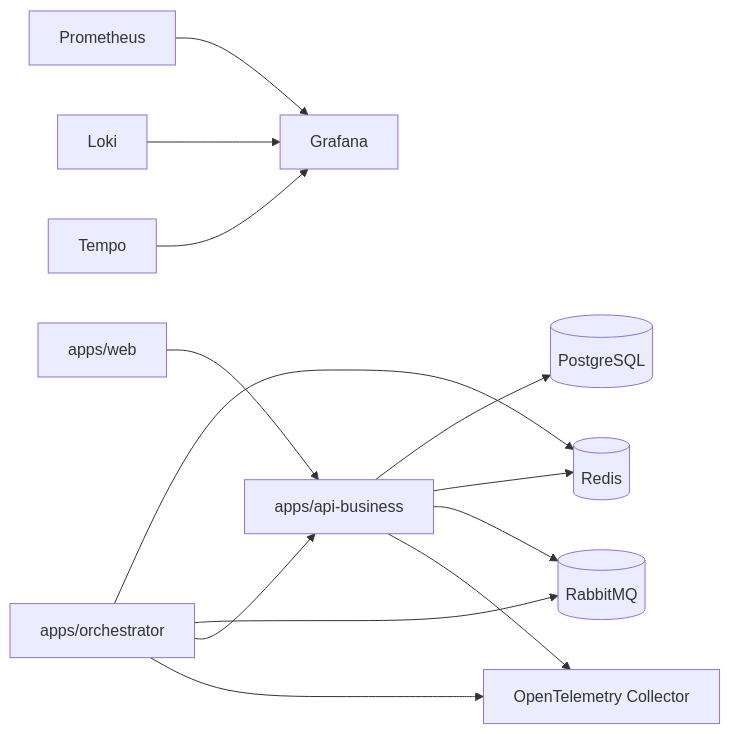
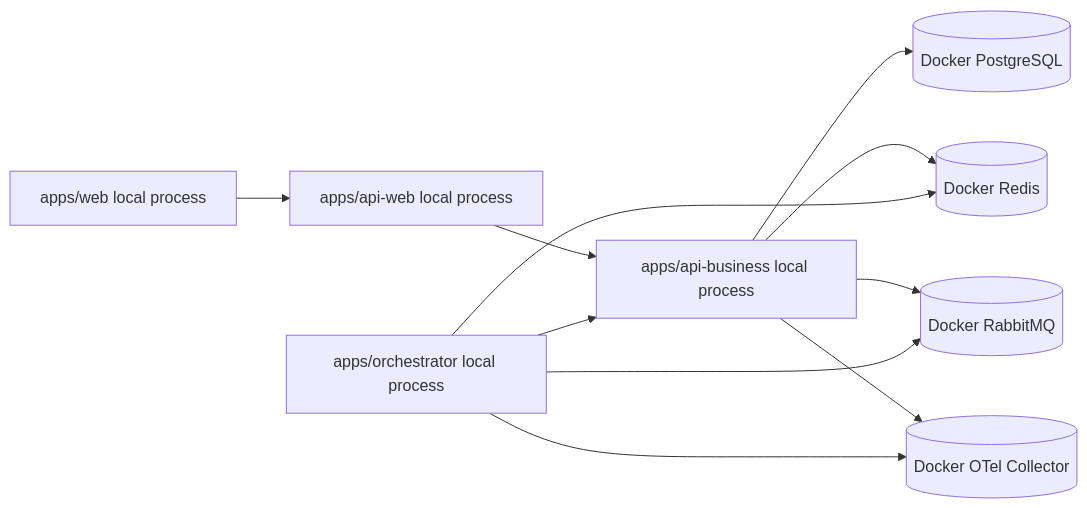
The first of 2 diagrams in docs/RUNNING_LOCALLY.md (CiceroDeveloper01/rag-platform), drawn with Mermaid before and after one commit. The commit also changed other lines of this file and 191 other files, not shown here.

Commit message:
refactor: consolidate monorepo architecture, async documents flow and platform structure

````diff
--- a/docs/RUNNING_LOCALLY.md
+++ b/docs/RUNNING_LOCALLY.md
@@ -13,15 +9,13 @@
 ```mermaid
 flowchart LR
-    Web[apps/web] --> API[apps/api-business]
-    API --> Postgres[(PostgreSQL)]
-    API --> Redis[(Redis)]
-    API --> Rabbit[(RabbitMQ)]
-    Orchestrator[apps/orchestrator] --> Redis
+    Web[apps/web local process] --> APIWeb[apps/api-web local process]
+    APIWeb --> APIBusiness[apps/api-business local process]
+    APIBusiness --> Postgres[(Docker PostgreSQL)]
+    APIBusiness --> Redis[(Docker Redis)]
+    APIBusiness --> Rabbit[(Docker RabbitMQ)]
+    Orchestrator[apps/orchestrator local process] --> Redis
     Orchestrator --> Rabbit
-    Orchestrator --> API
-    Prometheus[Prometheus] --> Grafana[Grafana]
-    Loki[Loki] --> Grafana
-    Tempo[Tempo] --> Grafana
-    API --> OTel[OpenTelemetry Collector]
+    Orchestrator --> APIBusiness
+    APIBusiness --> OTel[(Docker OTel Collector)]
     Orchestrator --> OTel
 ```
````
